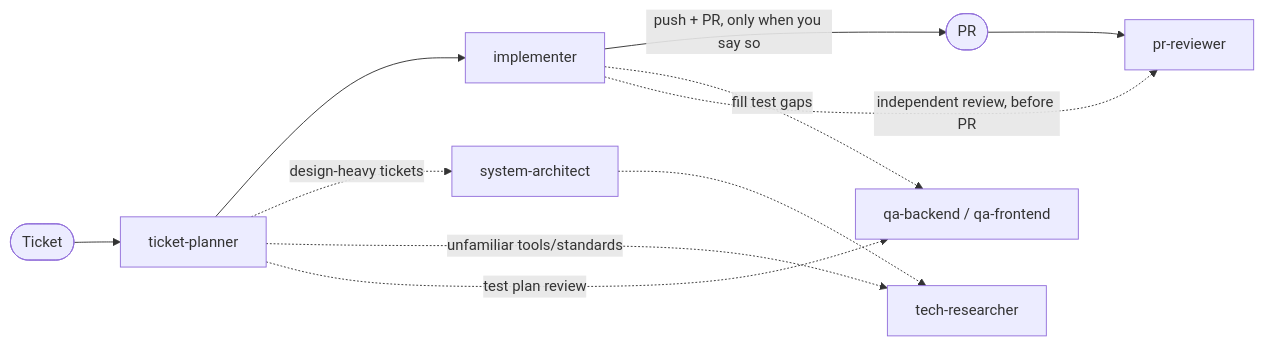
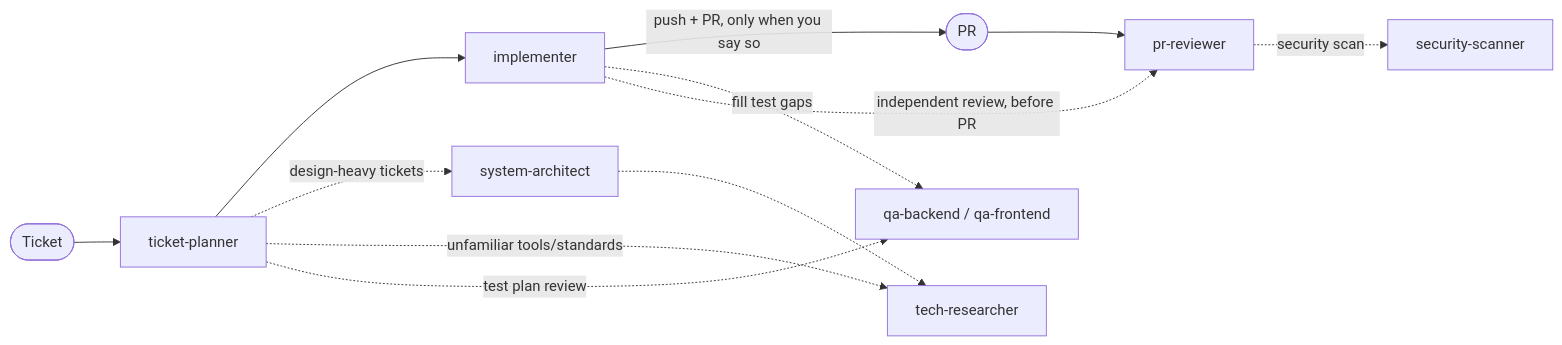
Before and after one commit to kcayme/k-agents: the diagram in README.md, drawn with Mermaid. The commit also changed other lines of this file, not shown here.

Commit message:
docs: document security-scanner

````diff
--- a/README.md
+++ b/README.md
@@ -5,14 +5,15 @@
 ```mermaid
 flowchart LR
     T([Ticket]) --> TP[ticket-planner]
     TP --> IM[implementer]
     IM -->|push + PR, only when you say so| PR([PR])
     PR --> RV[pr-reviewer]
 
     TP -.->|design-heavy tickets| SA[system-architect]
     SA -.-> TR[tech-researcher]
     TP -.->|unfamiliar tools/standards| TR
     TP -.->|test plan review| QA[qa-backend / qa-frontend]
     IM -.->|fill test gaps| QA
     IM -.->|independent review, before PR| RV
+    RV -.->|security scan| SS[security-scanner]
 ```
````
